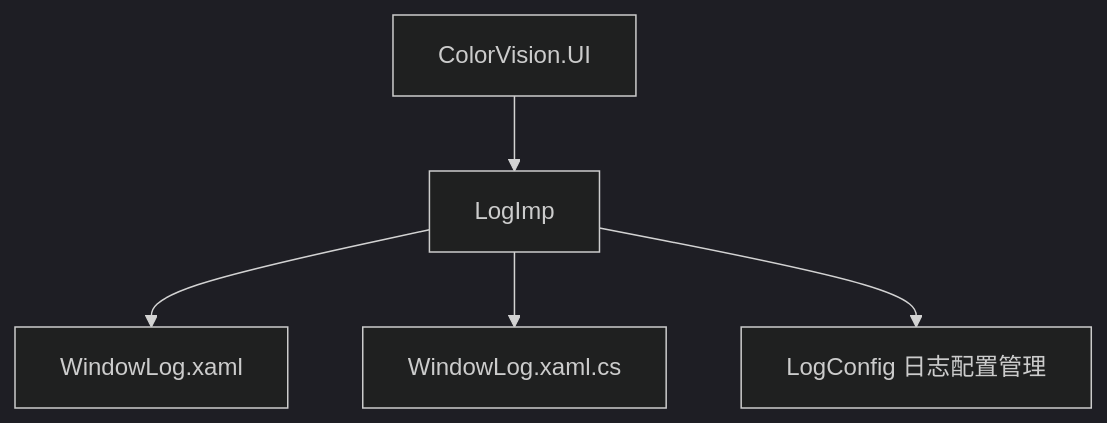
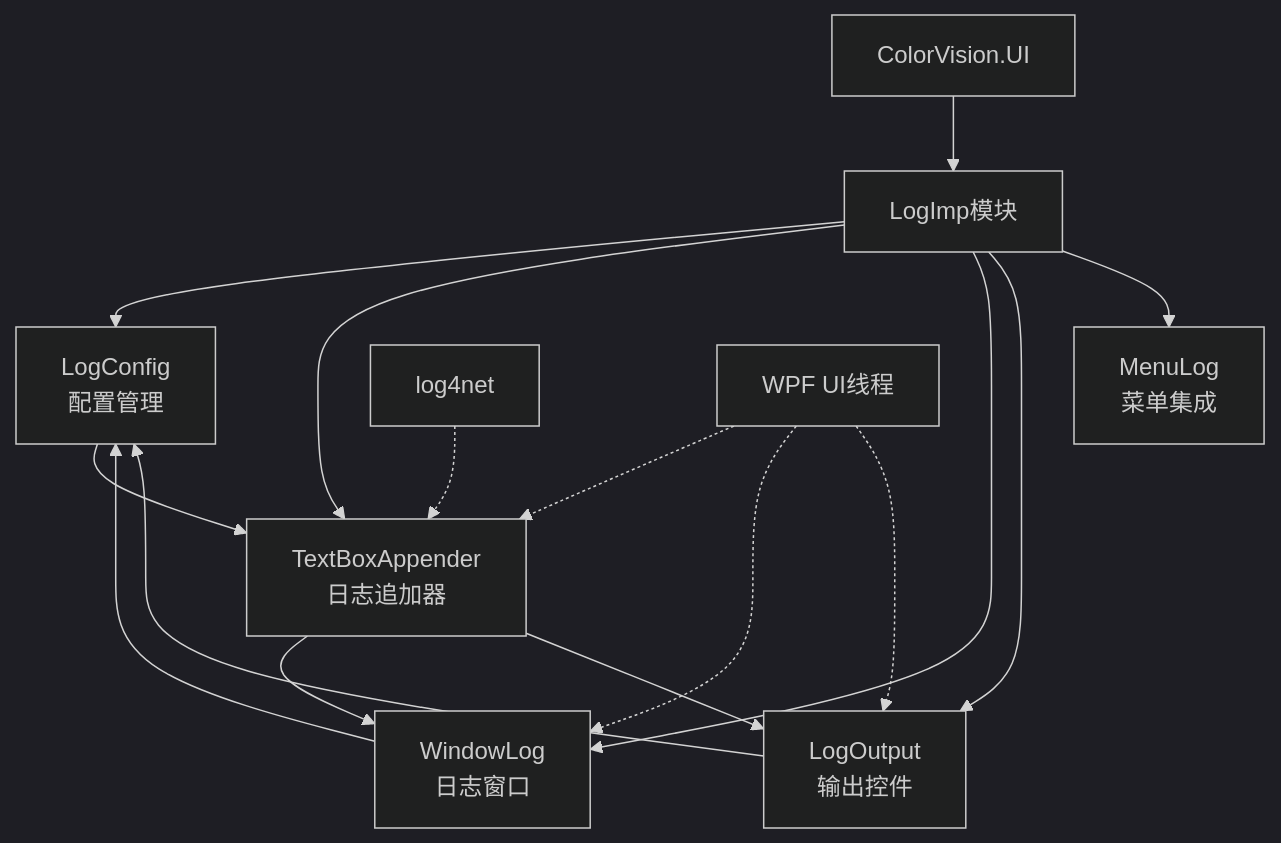
The first of 2 diagrams in docs/user-interface-guide/log-viewer/日志查看器.md (xincheng213618/scgd_general_wpf), drawn with Mermaid (dark theme) before and after one commit. The commit also changed other lines of this file and 1 other file, not shown here.

Commit message:
Update LogImp documentation in README and docs

````diff
--- a/docs/user-interface-guide/log-viewer/日志查看器.md
+++ b/docs/user-interface-guide/log-viewer/日志查看器.md
@@ -32,8 +58,20 @@
 ```mermaid
-graph TD
-    A[ColorVision.UI]
-    A --> B[LogImp]
-    B --> C[WindowLog.xaml]
-    B --> D[WindowLog.xaml.cs]
-    B --> E[LogConfig 日志配置管理]
+graph TB
+    A[ColorVision.UI] --> B[LogImp模块]
+    B --> C[LogConfig<br/>配置管理]
+    B --> D[TextBoxAppender<br/>日志追加器]
+    B --> E[WindowLog<br/>日志窗口]
+    B --> F[LogOutput<br/>输出控件]
+    B --> G[MenuLog<br/>菜单集成]
+    
+    C --> D
+    D --> E
+    D --> F
+    E --> C
+    F --> C
+    
+    H[log4net] -.-> D
+    I[WPF UI线程] -.-> D
+    I -.-> E
+    I -.-> F
 ```
````
